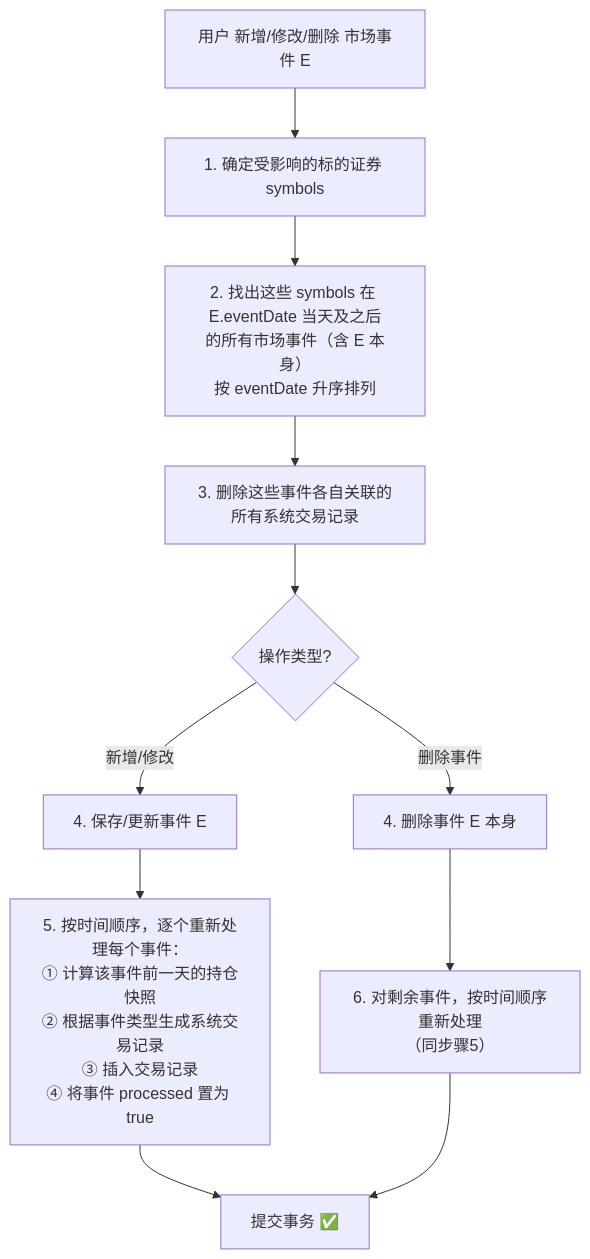
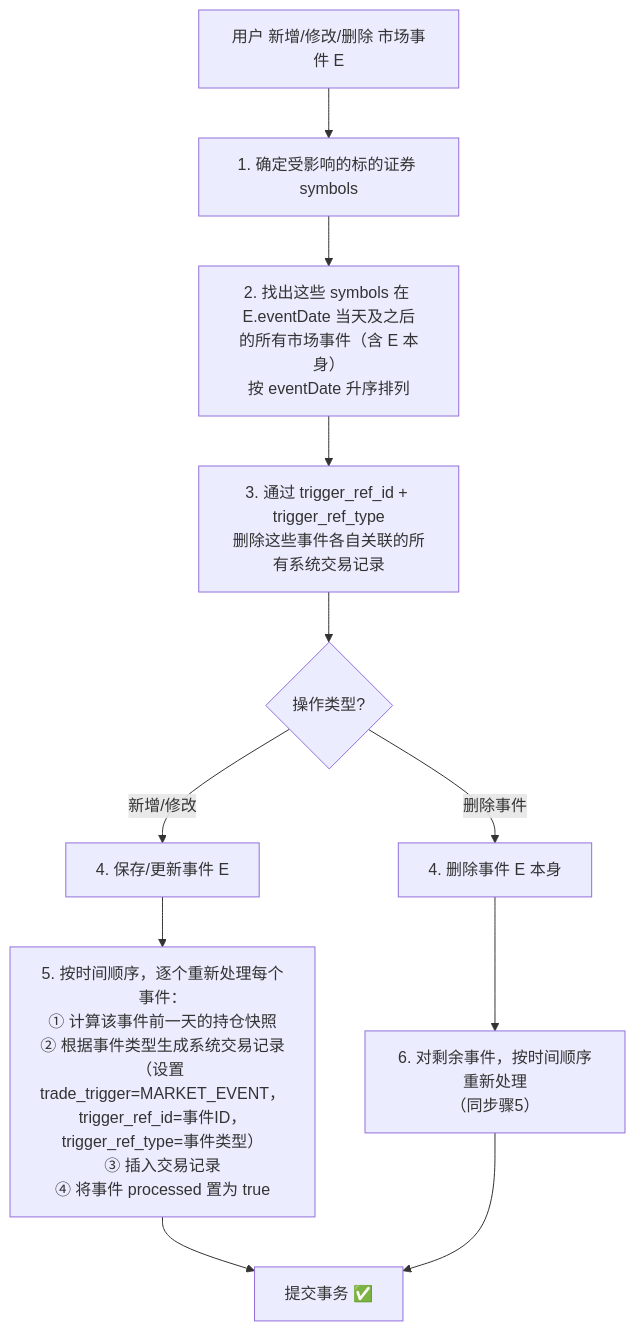
The first of 2 diagrams in docs/market-event-processing-design.md (archerny/local-ledger), drawn with Mermaid before and after one commit. The commit also changed other lines of this file and 2 other files, not shown here.

Commit message:
docs: add design of market evnent data, trade trigger

````diff
--- a/docs/market-event-processing-design.md
+++ b/docs/market-event-processing-design.md
@@ -73,17 +69,17 @@
 ```mermaid
 flowchart TD
     A["用户 新增/修改/删除 市场事件 E"] --> B["1. 确定受影响的标的证券 symbols"]
     B --> C["2. 找出这些 symbols 在 E.eventDate 当天及之后<br>的所有市场事件（含 E 本身）<br>按 eventDate 升序排列"]
-    C --> D["3. 删除这些事件各自关联的所有系统交易记录"]
+    C --> D["3. 通过 trigger_ref_id + trigger_ref_type<br>删除这些事件各自关联的所有系统交易记录"]
     D --> E{操作类型?}
     
     E -->|删除事件| F["4. 删除事件 E 本身"]
     E -->|新增/修改| G["4. 保存/更新事件 E"]
     
-    G --> H["5. 按时间顺序，逐个重新处理每个事件：<br>① 计算该事件前一天的持仓快照<br>② 根据事件类型生成系统交易记录<br>③ 插入交易记录<br>④ 将事件 processed 置为 true"]
+    G --> H["5. 按时间顺序，逐个重新处理每个事件：<br>① 计算该事件前一天的持仓快照<br>② 根据事件类型生成系统交易记录<br>（设置 trade_trigger=MARKET_EVENT，<br>trigger_ref_id=事件ID，trigger_ref_type=事件类型）<br>③ 插入交易记录<br>④ 将事件 processed 置为 true"]
     
     F --> I["6. 对剩余事件，按时间顺序重新处理<br>（同步骤5）"]
     
     H --> J["提交事务 ✅"]
     I --> J
 ```
````
